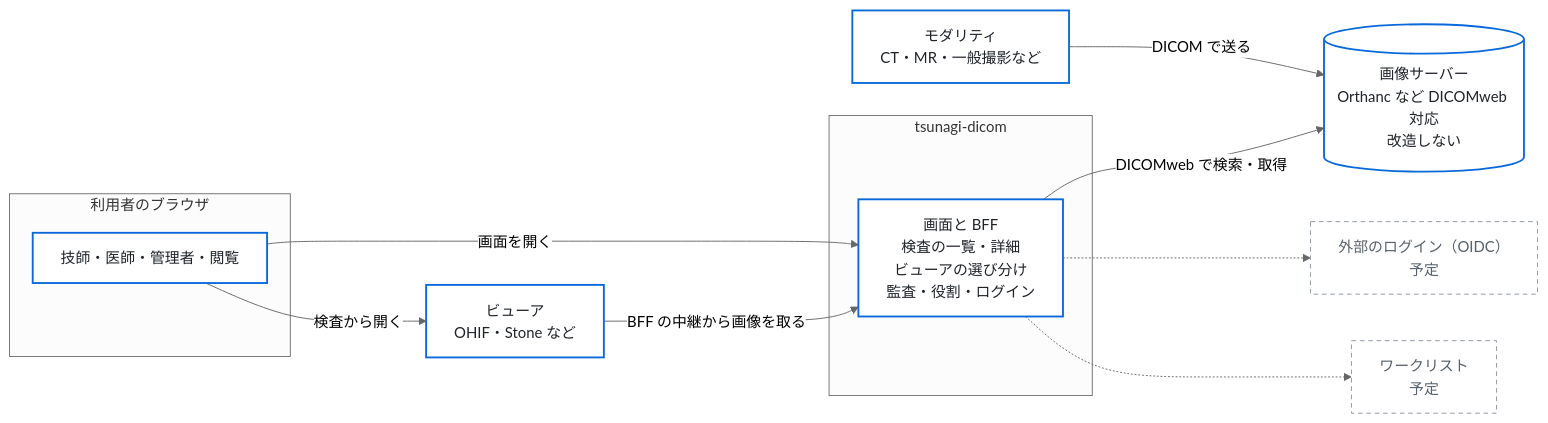
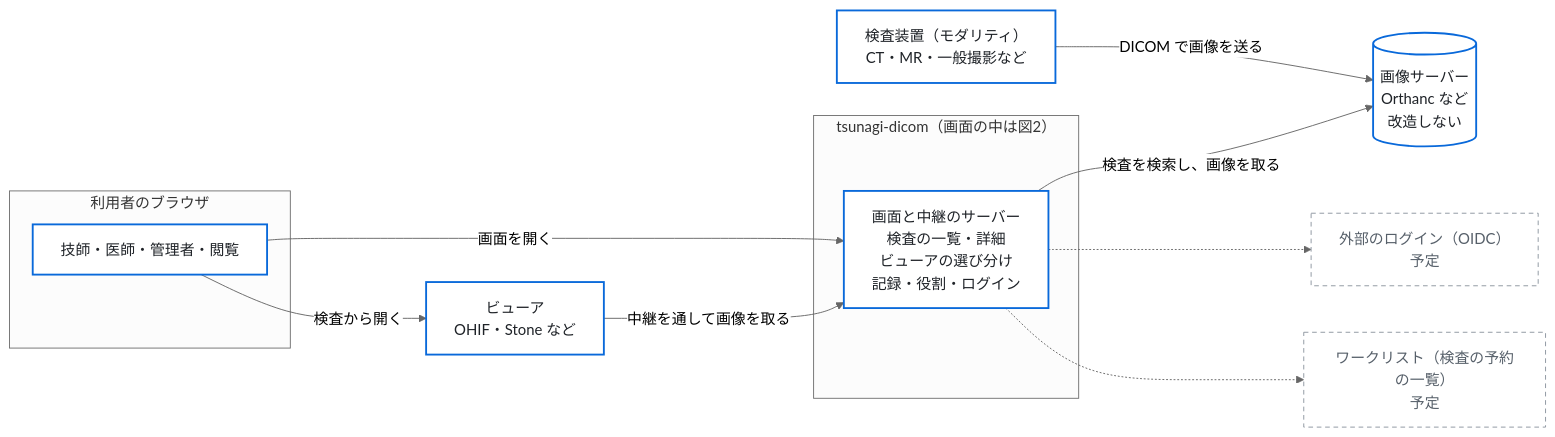
Before and after one commit to jeysunit/tsunagi-dicom: the first of 3 diagrams in README.md, drawn with Mermaid (neutral theme). The commit also changed other lines of this file and 1 other file, not shown here.

First line of the commit message:
docs: README の専門語・内輪の語を外の人に分かる言葉にし、図の関係を書く

````diff
--- a/README.md
+++ b/README.md
@@ -15,25 +17,25 @@
 ```mermaid
 flowchart LR
   classDef box fill:#ffffff,stroke:#0969da,stroke-width:2px,color:#1f2328
   classDef plan fill:#ffffff,stroke:#8c959f,stroke-dasharray:5 4,color:#57606a
 
-  MOD["モダリティ<br/>CT・MR・一般撮影など"]:::box
-  PACS[("画像サーバー<br/>Orthanc など DICOMweb 対応<br/>改造しない")]:::box
-  subgraph TSUNAGI["tsunagi-dicom"]
-    BFF["画面と BFF<br/>検査の一覧・詳細<br/>ビューアの選び分け<br/>監査・役割・ログイン"]:::box
+  MOD["検査装置（モダリティ）<br/>CT・MR・一般撮影など"]:::box
+  PACS[("画像サーバー<br/>Orthanc など<br/>改造しない")]:::box
+  subgraph TSUNAGI["tsunagi-dicom（画面の中は図2）"]
+    BFF["画面と中継のサーバー<br/>検査の一覧・詳細<br/>ビューアの選び分け<br/>記録・役割・ログイン"]:::box
   end
   VIEWER["ビューア<br/>OHIF・Stone など"]:::box
   subgraph USERS["利用者のブラウザ"]
     USER["技師・医師・管理者・閲覧"]:::box
   end
   OIDC["外部のログイン（OIDC）<br/>予定"]:::plan
-  WL["ワークリスト<br/>予定"]:::plan
+  WL["ワークリスト（検査の予約の一覧）<br/>予定"]:::plan
 
-  MOD -->|"DICOM で送る"| PACS
-  BFF -->|"DICOMweb で検索・取得"| PACS
+  MOD -->|"DICOM で画像を送る"| PACS
+  BFF -->|"検査を検索し、画像を取る"| PACS
   USER -->|"画面を開く"| BFF
   USER -->|"検査から開く"| VIEWER
-  VIEWER -->|"BFF の中継から画像を取る"| BFF
+  VIEWER -->|"中継を通して画像を取る"| BFF
   BFF -.-> OIDC
   BFF -.-> WL
 ```
````
